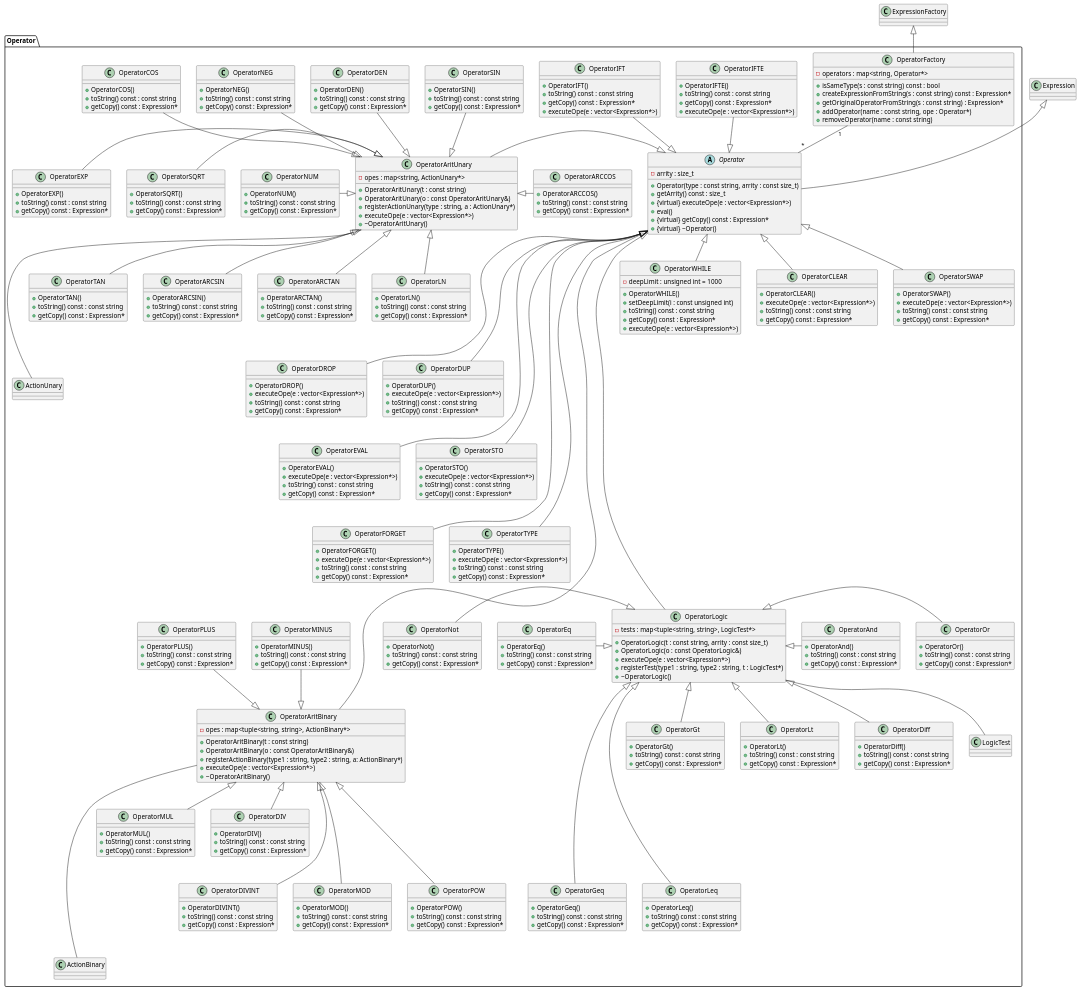
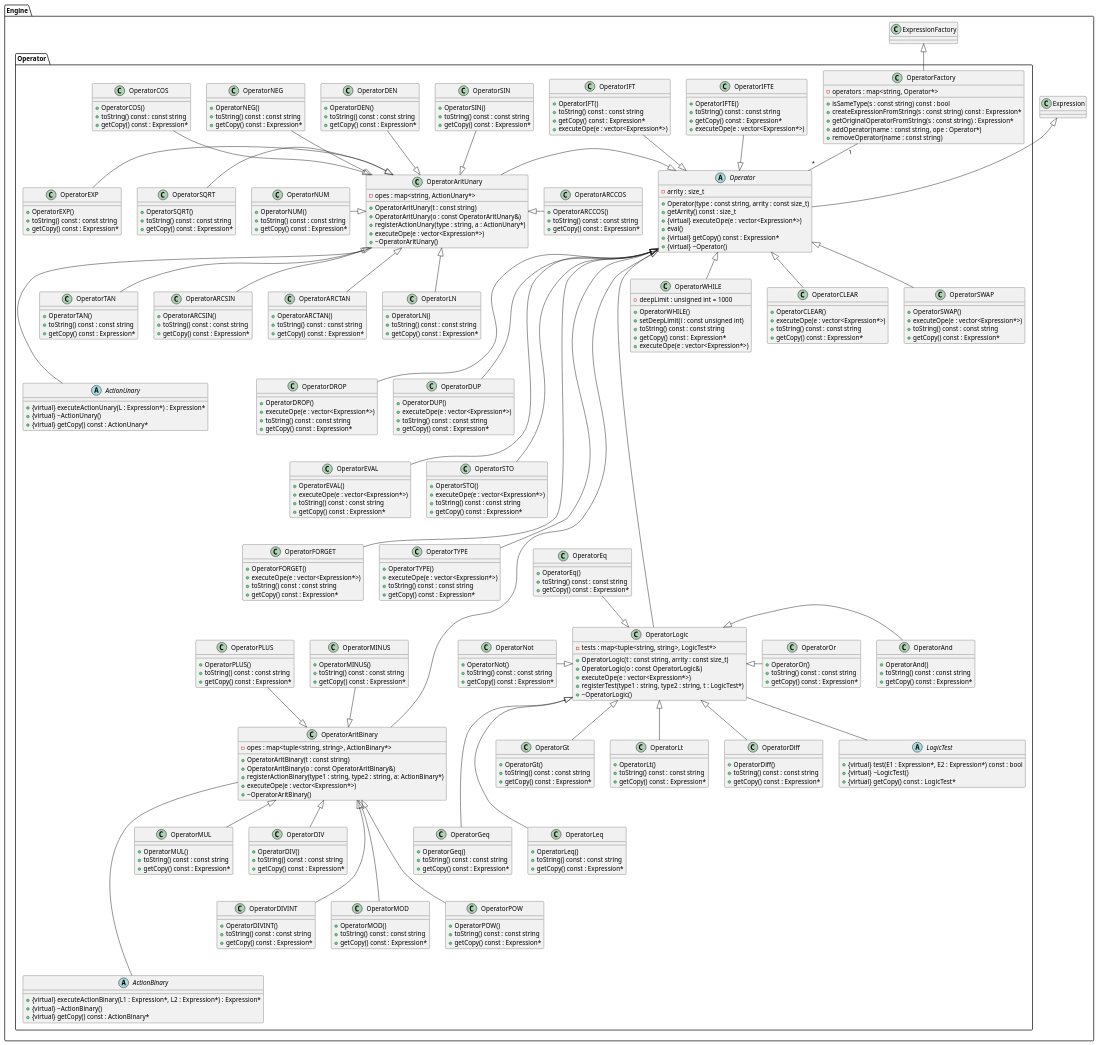
Before and after one commit to StephaneBranly/LO21-RPN-Calculator: the diagram in etudes_de_projet/operator.puml, drawn with PlantUML.

```diff
--- a/etudes_de_projet/operator.puml
+++ b/etudes_de_projet/operator.puml
@@ -1,4 +1,5 @@
 @startuml
+package Engine {
 class Expression {
 }
 
@@ -39,6 +40,18 @@
 }
 Operator <|-left- OperatorAritUnary
 OperatorAritUnary --- ActionUnary
+
+abstract class ActionBinary {
+  + {virtual} executeActionBinary(L1 : Expression*, L2 : Expression*) : Expression*
+  + {virtual} ~ActionBinary()
+  + {virtual} getCopy() const : ActionBinary*
+}
+
+abstract class ActionUnary {
+  + {virtual} executeActionUnary(L : Expression*) : Expression*
+  + {virtual} ~ActionUnary()
+  + {virtual} getCopy() const : ActionUnary*
+}
 
 class OperatorPLUS {
   + OperatorPLUS()
@@ -195,7 +208,7 @@
   + setDeepLimit(i : const unsigned int)
   + toString() const : const string
   + getCopy() const : Expression*
-  + executeOpe(e : vector<Expression*>) 
+  + executeOpe(e : vector<Expression*>)
 }
 Operator <|-- OperatorWHILE
 
@@ -220,6 +233,12 @@
 }
 Operator <|------ OperatorLogic
 OperatorLogic -- LogicTest
+
+abstract class LogicTest {
+  + {virtual} test(E1 : Expression*, E2 : Expression*) const : bool
+  + {virtual} ~LogicTest()
+  + {virtual} getCopy() const : LogicTest*
+}
 
 class OperatorAnd {
   + OperatorAnd()
@@ -247,21 +266,21 @@
   + toString() const : const string
   + getCopy() const : Expression*
 }
-OperatorLogic <|-left- OperatorEq
+OperatorLogic <|-up- OperatorEq
 
 class OperatorGeq {
   + OperatorGeq()
   + toString() const : const string
   + getCopy() const : Expression*
 }
-OperatorLogic <|---- OperatorGeq
+OperatorLogic <|--- OperatorGeq
 
 class OperatorLeq {
   + OperatorLeq()
   + toString() const : const string
   + getCopy() const : Expression*
 }
-OperatorLogic <|---- OperatorLeq
+OperatorLogic <|--- OperatorLeq
 
 class OperatorGt {
   + OperatorGt()
@@ -348,4 +367,5 @@
 }
 Operator <|----- OperatorTYPE
 }
+}
 @enduml
```
